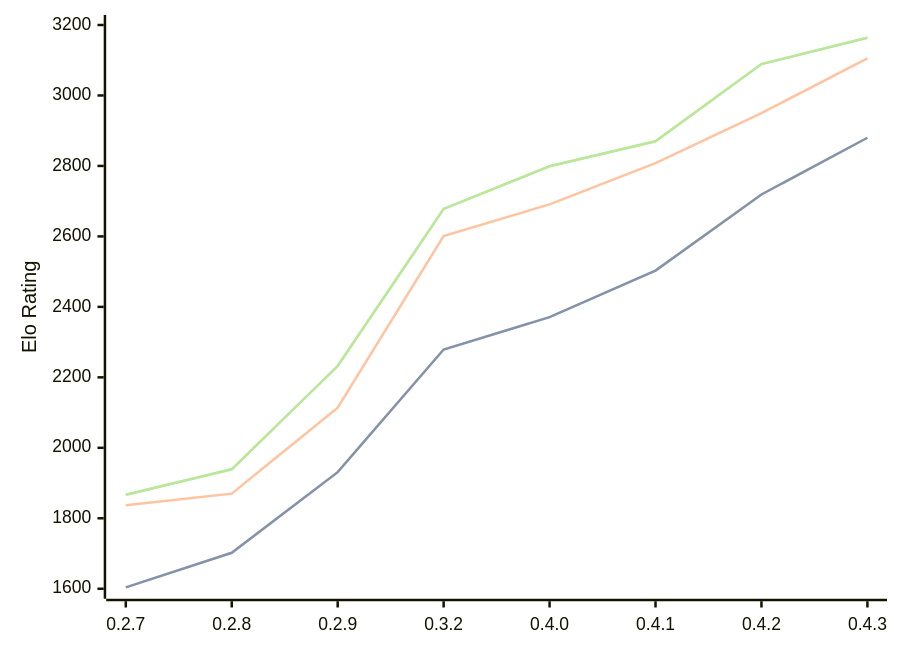
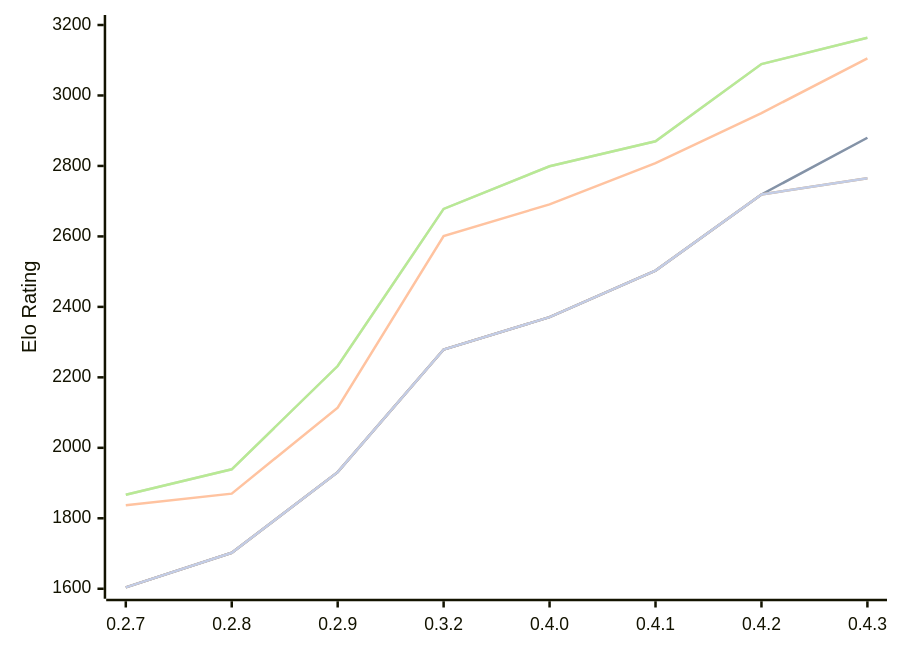
The diagram in engines/Dual.md (computer-chess-index/cci), drawn with Mermaid before and after one commit. The commit also changed other lines of this file, not shown here.

Commit message:
Update CCI Ratings (ELO VLTC) - 2026-10-11

````diff
--- a/engines/Dual.md
+++ b/engines/Dual.md
@@ -54,16 +54,13 @@
 ```mermaid
 %%{init: {"theme":"base","themeVariables":{"seriesColors:['#a3a3a3','#222221','#faa371']}}}%%
 xychart-beta
   x-axis ["0.2.7", "0.2.8", "0.2.9", "0.3.2", "0.4.0", "0.4.1", "0.4.2", "0.4.3"]
   y-axis "Elo Rating" 1600 --> 3200
   line "" [1604, 1702, 1931, 2279, 2371, 2503, 2719, 2880]
   line "T1: STC (8.0+0.08s)" [1604, 1702, 1931, 2279, 2371, 2503, 2719, 2880]
   line "T1: LTC (60.0+0.60s)" [1837, 1870, 2114, 2601, 2691, 2808, 2950, 3105]
   line "" [1867, 1939, 2232, 2678, 2799, 2870, 3089, 3164]
   line "T1: VLTC (2m24s+1.12s)" [1867, 1939, 2232, 2678, 2799, 2870, 3089, 3164]
-  line "" [2751]
-  line "E1: STC (8.0+0.08s)" [2751]
-  line "E1: LTC (60.0+0.60s)" [3063]
-  line "" [3135]
-  line "E1: VLTC (2m24s+1.12s)" [3135]
+  line "" [1604, 1702, 1931, 2279, 2371, 2503, 2719,2765]
+  line "E1: STC (8.0+0.08s)" [1604, 1702, 1931, 2279, 2371, 2503, 2719,2765]
 ```
````
